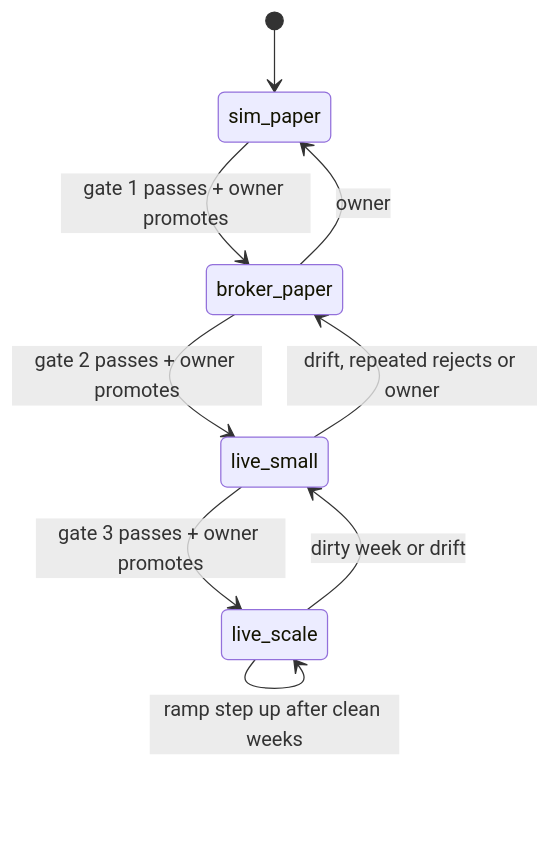
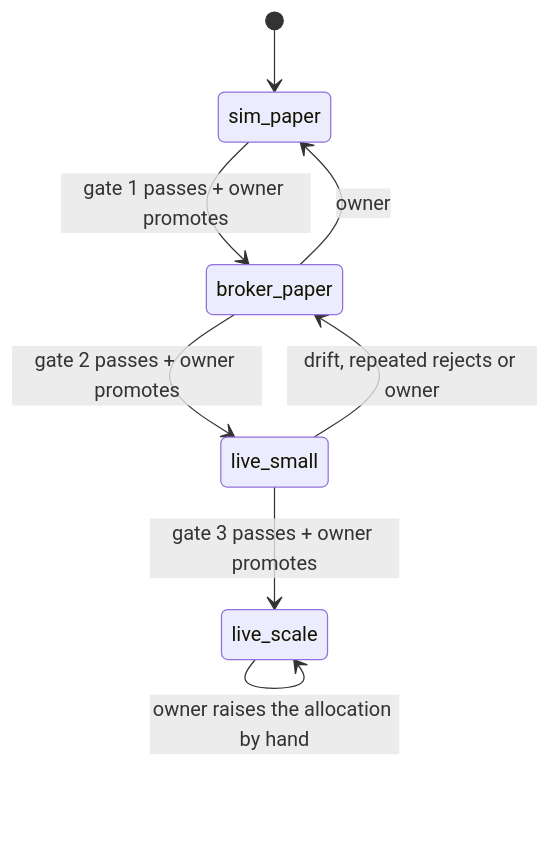
The first of 14 diagrams in docs/design/live-trading.md (sleousis/Stonks), drawn with Mermaid before and after one commit. The commit also changed other lines of this file and 1088 other files, not shown here.

````diff
--- a/docs/design/live-trading.md
+++ b/docs/design/live-trading.md
@@ -36,11 +43,10 @@
 ```mermaid
 stateDiagram-v2
   [*] --> sim_paper
   sim_paper --> broker_paper: gate 1 passes + owner promotes
   broker_paper --> live_small: gate 2 passes + owner promotes
   live_small --> live_scale: gate 3 passes + owner promotes
-  live_scale --> live_scale: ramp step up after clean weeks
-  live_scale --> live_small: dirty week or drift
+  live_scale --> live_scale: owner raises the allocation by hand
   live_small --> broker_paper: drift, repeated rejects or owner
   broker_paper --> sim_paper: owner
 ```
````
